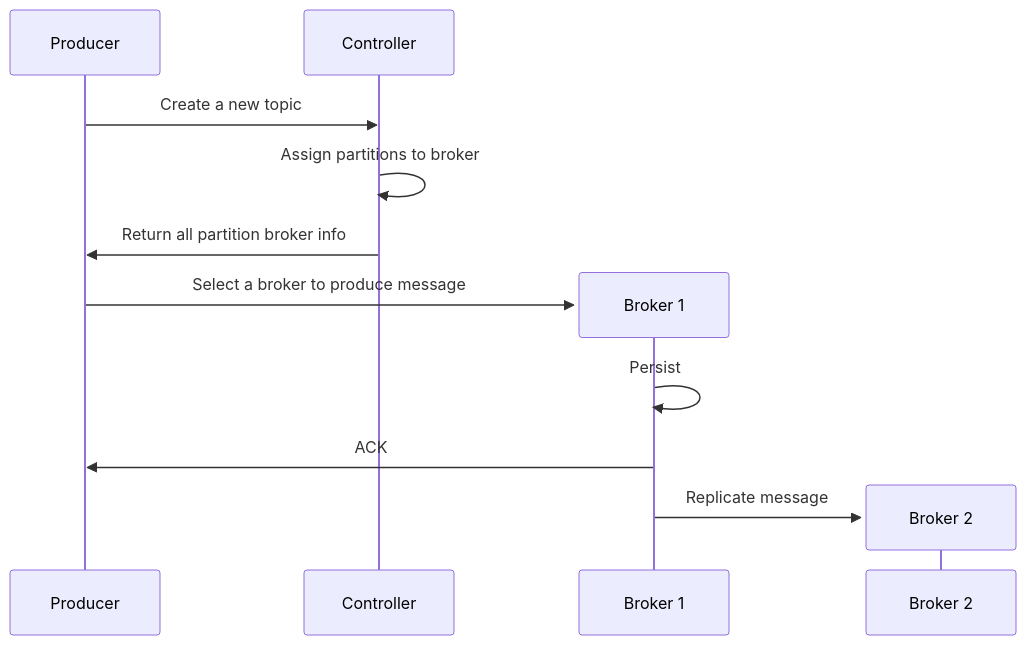
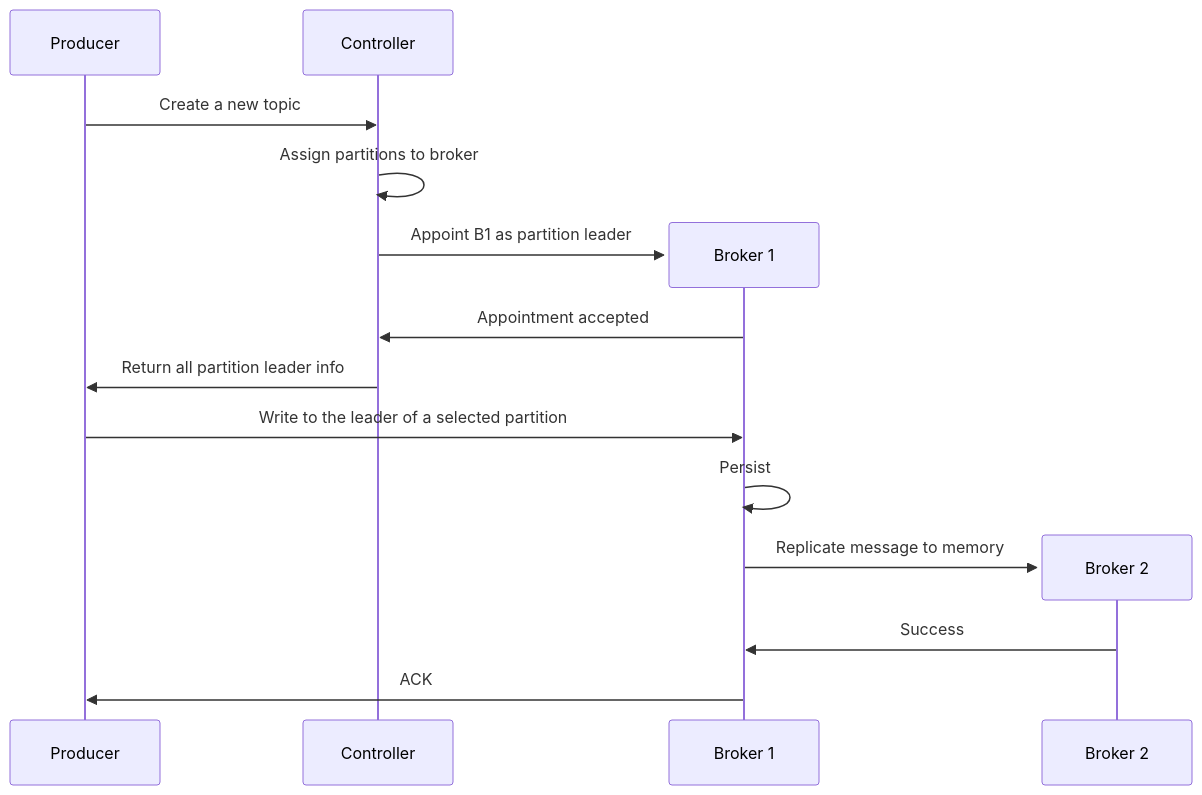
One commit to cswpy/kueue changed the first of 2 diagrams in docs/README.md. Above: the diagram before and after it, drawn with Mermaid. The commit also changed other lines of this file and 1 other file, not shown here.

Commit message:
Updated docs & diagrams

````diff
--- a/docs/README.md
+++ b/docs/README.md
@@ -5,15 +5,18 @@
 ```mermaid
 sequenceDiagram
     participant P as Producer
     participant C as Controller
     P->>C: Create a new topic
     C->>C: Assign partitions to broker
-    C->>P: Return all partition broker info
     create participant B1 as Broker 1
-    P->>B1: Select a broker to produce message
+    C->>B1: Appoint B1 as partition leader
+    B1->>C: Appointment accepted
+    C->>P: Return all partition leader info
+    P->>B1: Write to the leader of a selected partition
     B1->>B1: Persist
+    create participant B2 as Broker 2
+    B1->>B2: Replicate message to memory
+    B2->>B1: Success
     B1->>P: ACK
-    create participant B2 as Broker 2
-    B1->>B2: Replicate message
     destroy B2
 ```
````
